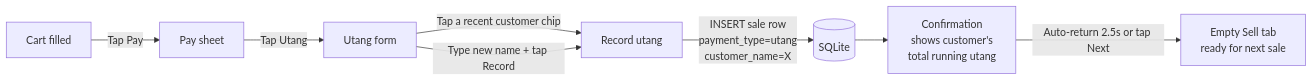
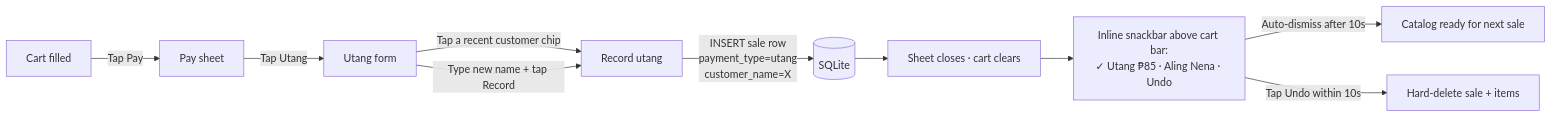
The fourth of 11 diagrams in docs/superpowers/specs/2026-05-10-sari-sari-pos-design.md (BryJavier/simple-sari-sari), drawn with Mermaid before and after one commit. The commit also changed other lines of this file, not shown here.

````diff
--- a/docs/superpowers/specs/2026-05-10-sari-sari-pos-design.md
+++ b/docs/superpowers/specs/2026-05-10-sari-sari-pos-design.md
@@ -254,10 +258,12 @@
 ```mermaid
 flowchart LR
     A[Cart filled] -->|Tap Pay| B[Pay sheet]
     B -->|Tap Utang| C[Utang form]
     C -->|Tap a recent customer chip| E[Record utang]
     C -->|Type new name + tap Record| E
     E -->|INSERT sale row<br/>payment_type=utang<br/>customer_name=X| F[(SQLite)]
-    F --> G[Confirmation<br/>shows customer's<br/>total running utang]
-    G -->|Auto-return 2.5s or tap Next| A2[Empty Sell tab<br/>ready for next sale]
+    F --> G[Sheet closes · cart clears]
+    G --> H["Inline snackbar above cart bar:<br/>✓ Utang ₱85 · Aling Nena · Undo"]
+    H -->|Auto-dismiss after 10s| Done[Catalog ready for next sale]
+    H -->|Tap Undo within 10s| Del[Hard-delete sale + items]
 ```
````
